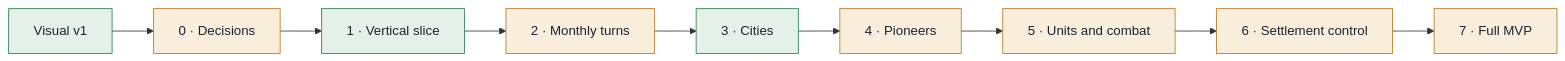
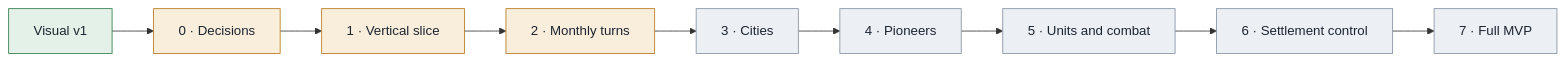
Before and after one commit to eyalgolan/statecraft-israel: the diagram in README.md, drawn with Mermaid. The commit also changed other lines of this file and 43 other files, not shown here.

````diff
--- a/README.md
+++ b/README.md
@@ -98,14 +89,14 @@
 ```mermaid
 flowchart LR
   V["Visual v1"]:::done --> P0["0 · Decisions"]:::now
-  P0 --> P1["1 · Vertical slice"]:::done
+  P0 --> P1["1 · Vertical slice"]:::now
   P1 --> P2["2 · Monthly turns"]:::now
-  P2 --> P3["3 · Cities"]:::done
-  P3 --> P4["4 · Pioneers"]:::now
-  P4 --> P5["5 · Units and combat"]:::now
-  P5 --> P6["6 · Settlement control"]:::now
-  P6 --> P7["7 · Full MVP"]:::now
+  P2 --> P3["3 · Cities"]:::next
+  P3 --> P4["4 · Pioneers"]:::next
+  P4 --> P5["5 · Units and combat"]:::next
+  P5 --> P6["6 · Settlement control"]:::next
+  P6 --> P7["7 · Full MVP"]:::next
   classDef done fill:#e3f1e8,stroke:#2f7d4f,color:#1c2430
   classDef now fill:#f8eedb,stroke:#b7791f,color:#1c2430
   classDef next fill:#eceff3,stroke:#8792a2,color:#1c2430
 ```
````
